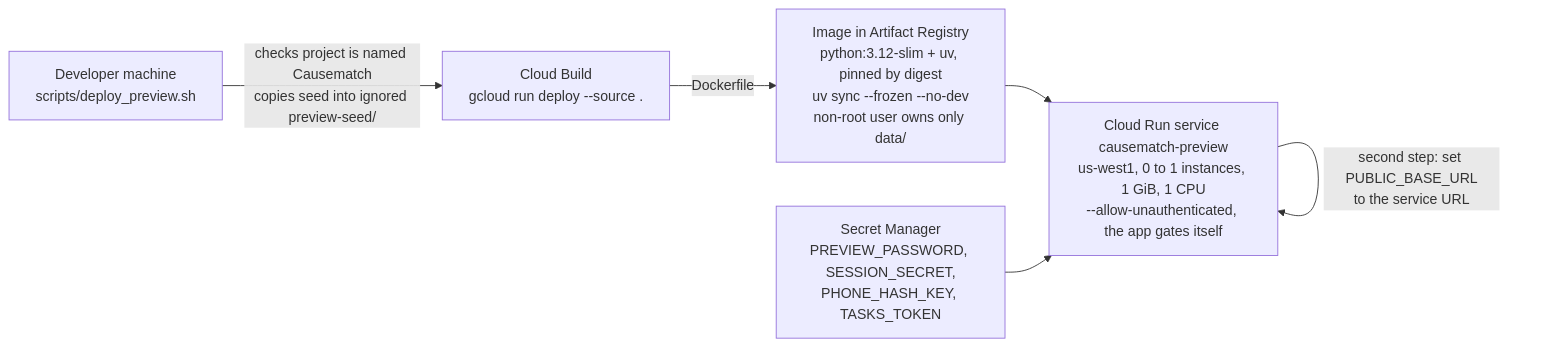
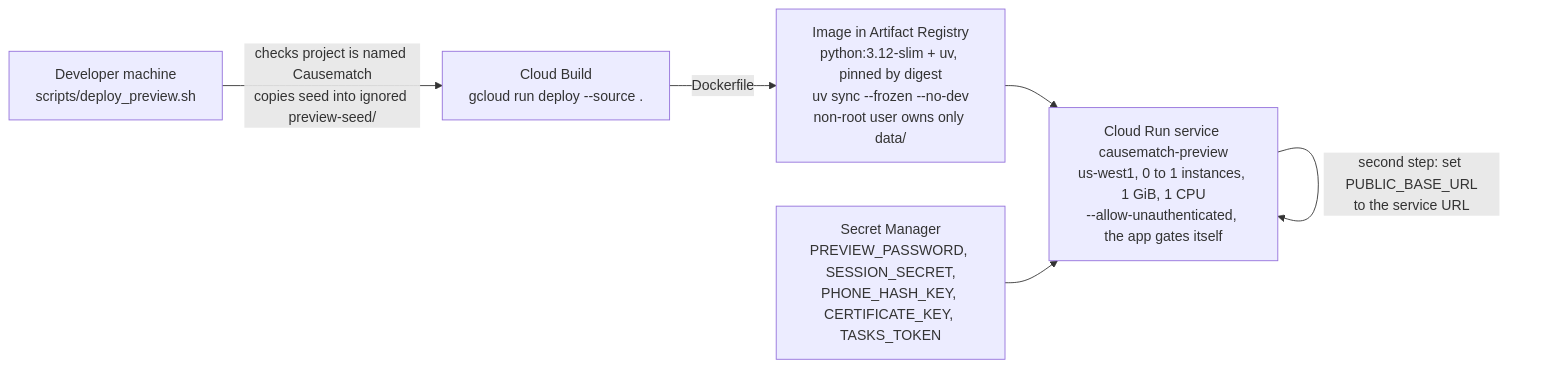
Diagram 25 of 26 in docs/ARCHITECTURE.md (slegroux/causematch), drawn with Mermaid before and after one commit. The commit also changed other lines of this file, not shown here.

First line of the commit message:
Architecture doc: hours certificates, signing and the check link (#19)

````diff
--- a/docs/ARCHITECTURE.md
+++ b/docs/ARCHITECTURE.md
@@ -1329,8 +1441,8 @@
 ```mermaid
 flowchart LR
     dev["Developer machine<br/>scripts/deploy_preview.sh"] -- "checks project is named Causematch<br/>copies seed into ignored preview-seed/" --> cb["Cloud Build<br/>gcloud run deploy --source ."]
     cb -- "Dockerfile" --> img["Image in Artifact Registry<br/>python:3.12-slim + uv, pinned by digest<br/>uv sync --frozen --no-dev<br/>non-root user owns only data/"]
     img --> svc["Cloud Run service causematch-preview<br/>us-west1, 0 to 1 instances, 1 GiB, 1 CPU<br/>--allow-unauthenticated, the app gates itself"]
-    sm["Secret Manager<br/>PREVIEW_PASSWORD, SESSION_SECRET,<br/>PHONE_HASH_KEY, TASKS_TOKEN"] --> svc
+    sm["Secret Manager<br/>PREVIEW_PASSWORD, SESSION_SECRET,<br/>PHONE_HASH_KEY, CERTIFICATE_KEY, TASKS_TOKEN"] --> svc
     svc -- "second step: set PUBLIC_BASE_URL<br/>to the service URL" --> svc
 ```
````
